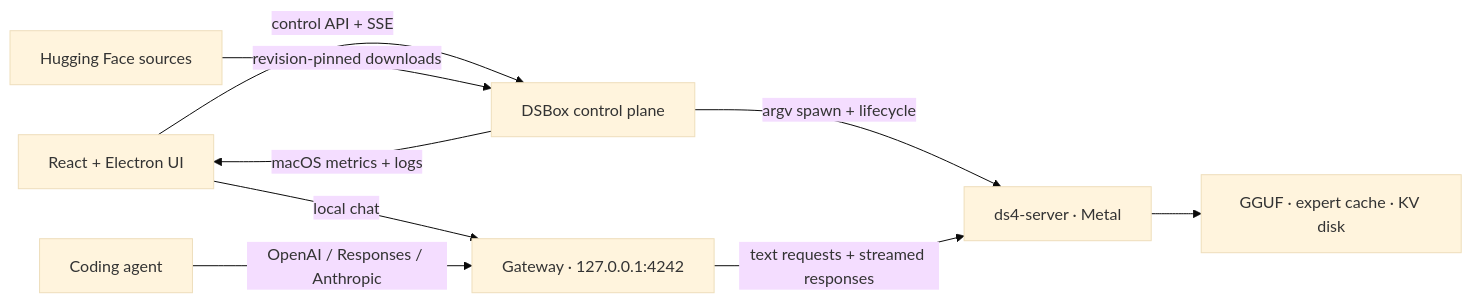
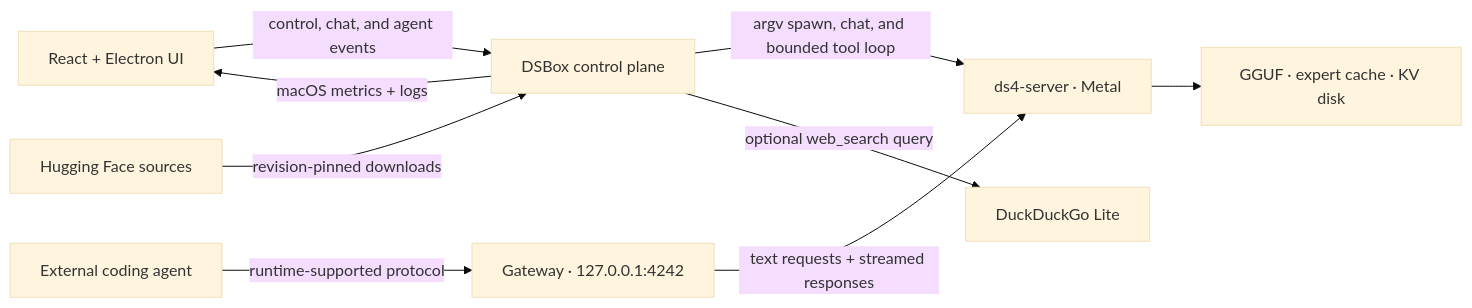
Before and after one commit to andreaborio/dsbox: the diagram in README.md, drawn with Mermaid (base theme). The commit also changed other lines of this file and 7 other files, not shown here.

````diff
--- a/README.md
+++ b/README.md
@@ -214,11 +268,11 @@
 ```mermaid
 flowchart LR
-    UI["React + Electron UI"] -->|"control API + SSE"| CP["DSBox control plane"]
+    UI["React + Electron UI"] -->|"control, chat, and agent events"| CP["DSBox control plane"]
     HF["Hugging Face sources"] -->|"revision-pinned downloads"| CP
-    CP -->|"argv spawn + lifecycle"| DS4["ds4-server · Metal"]
-    UI -->|"local chat"| GW["Gateway · 127.0.0.1:4242"]
-    AG["Coding agent"] -->|"OpenAI / Responses / Anthropic"| GW
+    CP -->|"argv spawn, chat, and bounded tool loop"| DS4["ds4-server · Metal"]
+    CP -->|"optional web_search query"| WEB["DuckDuckGo Lite"]
+    AG["External coding agent"] -->|"runtime-supported protocol"| GW["Gateway · 127.0.0.1:4242"]
     GW -->|"text requests + streamed responses"| DS4
     DS4 --> SSD["GGUF · expert cache · KV disk"]
     CP -->|"macOS metrics + logs"| UI
 ```
````
